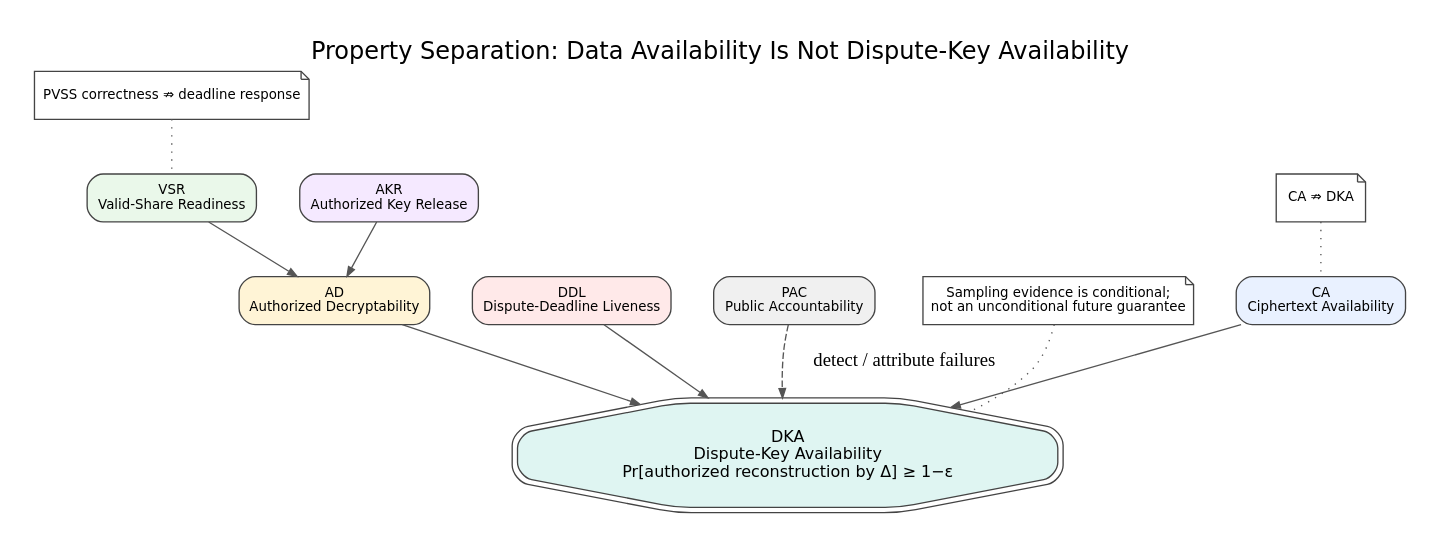
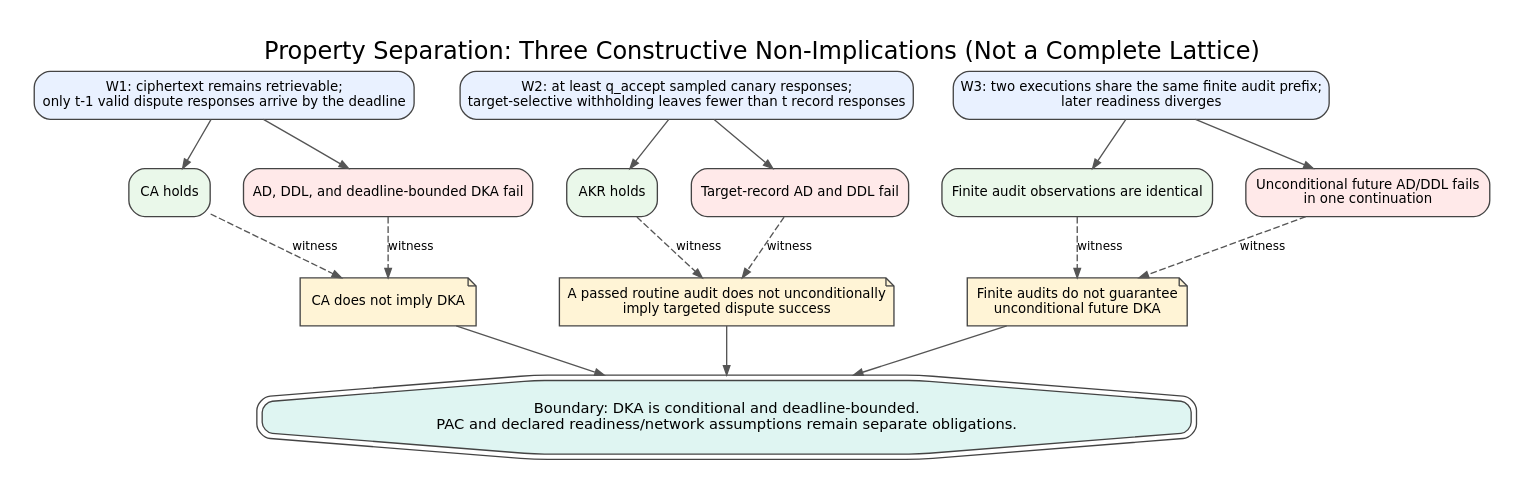
One commit to zmzubraj/KeyStone changed the diagram in diagrams/02_property_separation.dot. Above: the diagram before and after it, drawn with Graphviz. The commit also changed 359 other files, not shown here.

```diff
--- a/diagrams/02_property_separation.dot
+++ b/diagrams/02_property_separation.dot
@@ -1,26 +1,41 @@
 digraph G {
-  graph [rankdir=TB, bgcolor="white", pad="0.25", nodesep="0.45", ranksep="0.55", fontname="DejaVu Sans", label="Property Separation: Data Availability Is Not Dispute-Key Availability", labelloc=t, fontsize=18];
+  graph [rankdir=TB, bgcolor="white", pad="0.25", nodesep="0.35", ranksep="0.50", fontname="DejaVu Sans", label="Property Separation: Three Constructive Non-Implications (Not a Complete Lattice)", labelloc=t, fontsize=18];
   node [shape=box, style="rounded,filled", fillcolor="#F7F7F7", color="#444444", fontname="DejaVu Sans", fontsize=10, margin="0.12,0.08"];
-  edge [color="#555555", arrowsize=0.7];
+  edge [color="#555555", arrowsize=0.7, fontname="DejaVu Sans", fontsize=9];
 
-  CA [label="CA\nCiphertext Availability", fillcolor="#E9F1FF"];
-  VSR [label="VSR\nValid-Share Readiness", fillcolor="#EAF8EA"];
-  AKR [label="AKR\nAuthorized Key Release", fillcolor="#F5E9FF"];
-  AD [label="AD\nAuthorized Decryptability", fillcolor="#FFF4D6"];
-  DDL [label="DDL\nDispute-Deadline Liveness", fillcolor="#FFE9E9"];
-  PAC [label="PAC\nPublic Accountability", fillcolor="#F0F0F0"];
-  DKA [label="DKA\nDispute-Key Availability\nPr[authorized reconstruction by Δ] ≥ 1−ε", shape=doubleoctagon, fillcolor="#DFF5F2", fontsize=12];
-  NOT1 [label="CA ⇏ DKA", shape=note, fillcolor="#FFFFFF"];
-  NOT2 [label="PVSS correctness ⇏ deadline response", shape=note, fillcolor="#FFFFFF"];
-  LIMIT [label="Sampling evidence is conditional;\nnot an unconditional future guarantee", shape=note, fillcolor="#FFFFFF"];
+  W1 [label="W1: ciphertext remains retrievable;\nonly t-1 valid dispute responses arrive by the deadline", fillcolor="#E9F1FF"];
+  H1 [label="CA holds", fillcolor="#EAF8EA"];
+  F1 [label="AD, DDL, and deadline-bounded DKA fail", fillcolor="#FFE9E9"];
+  C1 [label="CA does not imply DKA", shape=note, fillcolor="#FFF4D6"];
 
-  CA -> DKA;
-  VSR -> AD;
-  AKR -> AD;
-  AD -> DKA;
-  DDL -> DKA;
-  PAC -> DKA [style=dashed, label="detect / attribute failures"];
-  NOT1 -> CA [style=dotted, arrowhead=none];
-  NOT2 -> VSR [style=dotted, arrowhead=none];
-  LIMIT -> DKA [style=dotted, arrowhead=none];
+  W2 [label="W2: at least q_accept sampled canary responses;\ntarget-selective withholding leaves fewer than t record responses", fillcolor="#E9F1FF"];
+  H2 [label="AKR holds", fillcolor="#EAF8EA"];
+  F2 [label="Target-record AD and DDL fail", fillcolor="#FFE9E9"];
+  C2 [label="A passed routine audit does not unconditionally\nimply targeted dispute success", shape=note, fillcolor="#FFF4D6"];
+
+  W3 [label="W3: two executions share the same finite audit prefix;\nlater readiness diverges", fillcolor="#E9F1FF"];
+  H3 [label="Finite audit observations are identical", fillcolor="#EAF8EA"];
+  F3 [label="Unconditional future AD/DDL fails\nin one continuation", fillcolor="#FFE9E9"];
+  C3 [label="Finite audits do not guarantee\nunconditional future DKA", shape=note, fillcolor="#FFF4D6"];
+
+  B [label="Boundary: DKA is conditional and deadline-bounded.\nPAC and declared readiness/network assumptions remain separate obligations.", shape=doubleoctagon, fillcolor="#DFF5F2", fontsize=11];
+
+  W1 -> H1;
+  W1 -> F1;
+  H1 -> C1 [style=dashed, label="witness"];
+  F1 -> C1 [style=dashed, label="witness"];
+
+  W2 -> H2;
+  W2 -> F2;
+  H2 -> C2 [style=dashed, label="witness"];
+  F2 -> C2 [style=dashed, label="witness"];
+
+  W3 -> H3;
+  W3 -> F3;
+  H3 -> C3 [style=dashed, label="witness"];
+  F3 -> C3 [style=dashed, label="witness"];
+
+  C1 -> B;
+  C2 -> B;
+  C3 -> B;
 }
```
